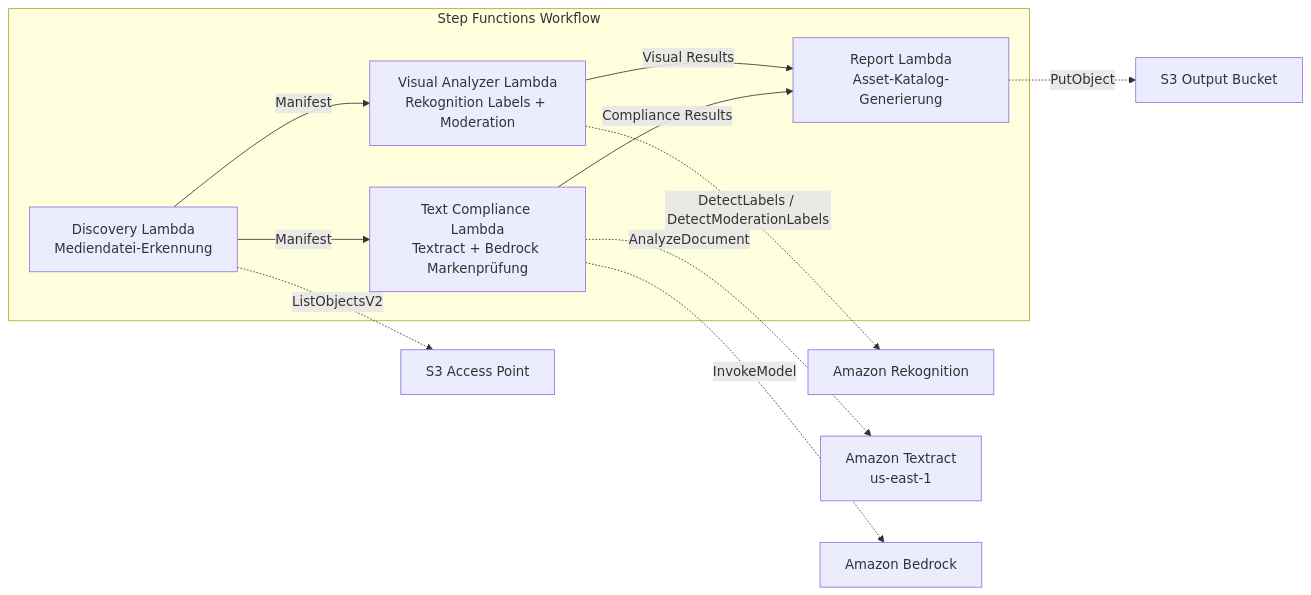
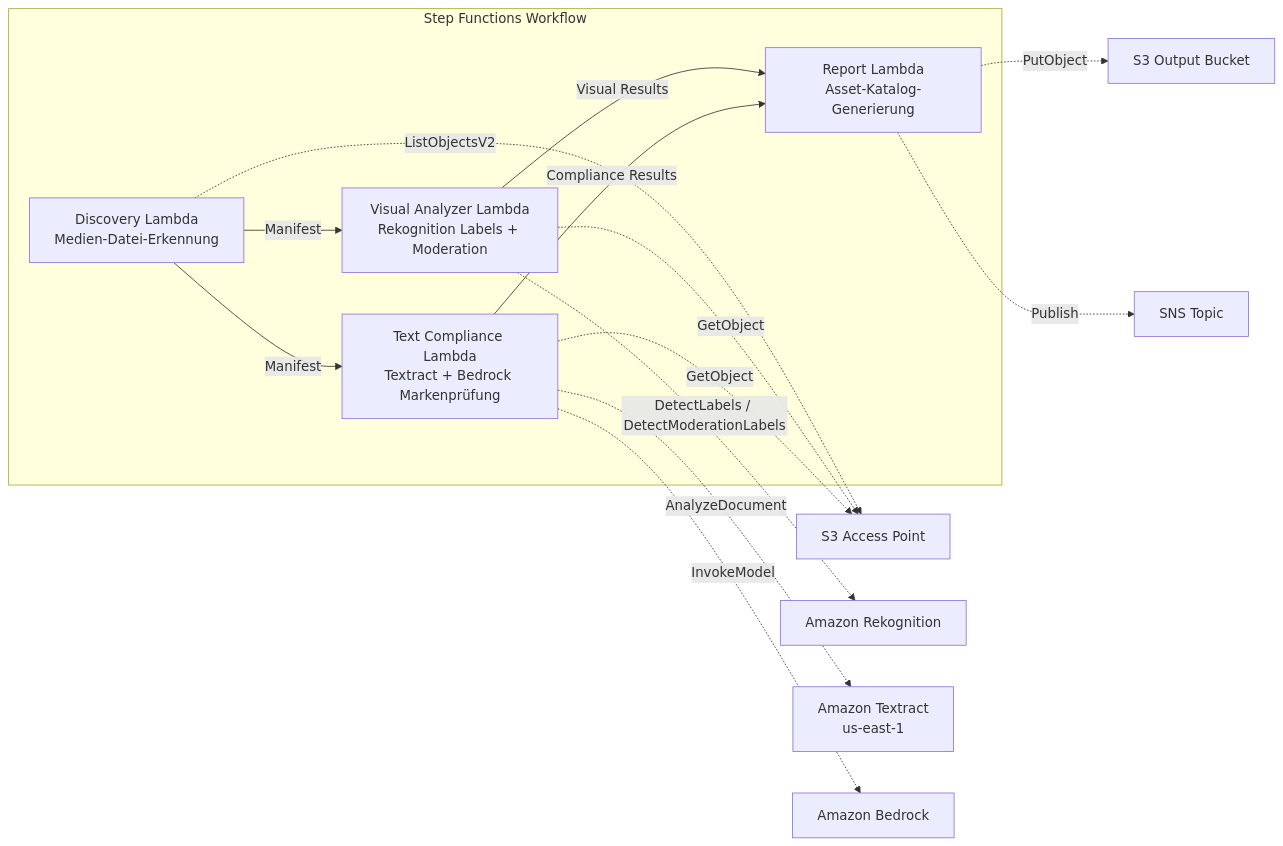
The diagram in solutions/industry/adtech-creative-management/README.de.md (Yoshiki0705/FSx-for-ONTAP-S3AccessPoints-Serverless-Patterns), drawn with Mermaid before and after one commit. The commit also changed other lines of this file and 20 other files, not shown here.

````diff
--- a/solutions/industry/adtech-creative-management/README.de.md
+++ b/solutions/industry/adtech-creative-management/README.de.md
@@ -48,20 +60,23 @@
 ```mermaid
 graph LR
     subgraph "Step Functions Workflow"
-        D[Discovery Lambda<br/>Mediendatei-Erkennung]
+        D[Discovery Lambda<br/>Medien-Datei-Erkennung]
         VA[Visual Analyzer Lambda<br/>Rekognition Labels + Moderation]
         TC[Text Compliance Lambda<br/>Textract + Bedrock Markenprüfung]
         R[Report Lambda<br/>Asset-Katalog-Generierung]
     end
 
     D -->|Manifest| VA
     D -->|Manifest| TC
     VA -->|Visual Results| R
     TC -->|Compliance Results| R
 
     D -.->|ListObjectsV2| S3AP[S3 Access Point]
+    VA -.->|GetObject| S3AP
     VA -.->|DetectLabels / DetectModerationLabels| REK[Amazon Rekognition]
+    TC -.->|GetObject| S3AP
     TC -.->|AnalyzeDocument| TXT[Amazon Textract<br/>us-east-1]
     TC -.->|InvokeModel| BDR[Amazon Bedrock]
     R -.->|PutObject| S3OUT[S3 Output Bucket]
+    R -.->|Publish| SNS[SNS Topic]
 ```
````
